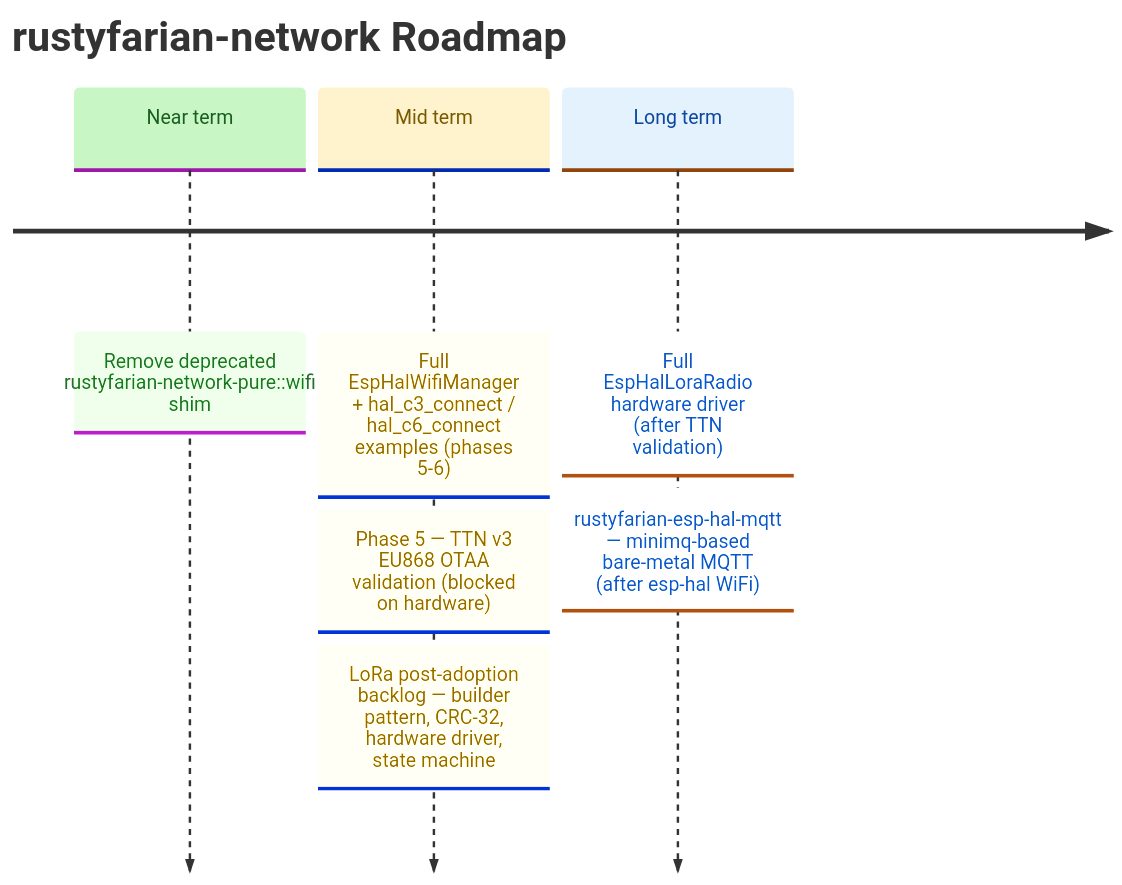
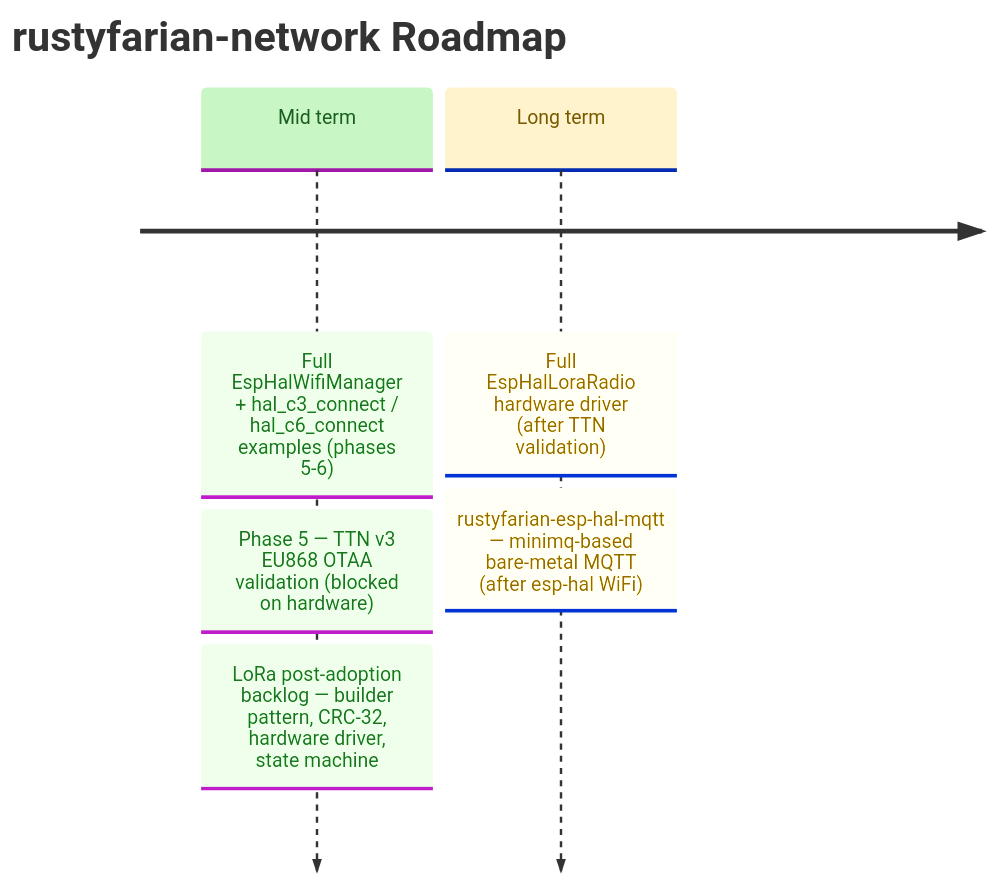
Before and after one commit to datenkollektiv/rustyfarian-network: the diagram in docs/ROADMAP.md, drawn with Mermaid. The commit also changed other lines of this file and 4 other files, not shown here.

Commit message:
Remove deprecated `rustyfarian-network-pure::wifi` shim module and update documentation

````diff
--- a/docs/ROADMAP.md
+++ b/docs/ROADMAP.md
@@ -9,25 +8,23 @@
 ```mermaid
 %%{init: {
   "theme": "base",
   "themeVariables": {
     "cScale0": "#c8f7c5",
     "cScaleLabel0": "#1b5e20",
     "cScale1": "#fff3cd",
     "cScaleLabel1": "#7a5a00",
     "cScale2": "#e3f2fd",
     "cScaleLabel2": "#0d47a1"
   }
 }}%%
 
 timeline
     title rustyfarian-network Roadmap
 
-    Near term : Remove deprecated rustyfarian-network-pure::wifi shim
-
     Mid term  : Full EspHalWifiManager + hal_c3_connect / hal_c6_connect examples (phases 5-6)
               : Phase 5 — TTN v3 EU868 OTAA validation (blocked on hardware)
               : LoRa post-adoption backlog — builder pattern, CRC-32, hardware driver, state machine
 
     Long term : Full EspHalLoraRadio hardware driver (after TTN validation)
               : rustyfarian-esp-hal-mqtt — minimq-based bare-metal MQTT (after esp-hal WiFi)
 ```
````
